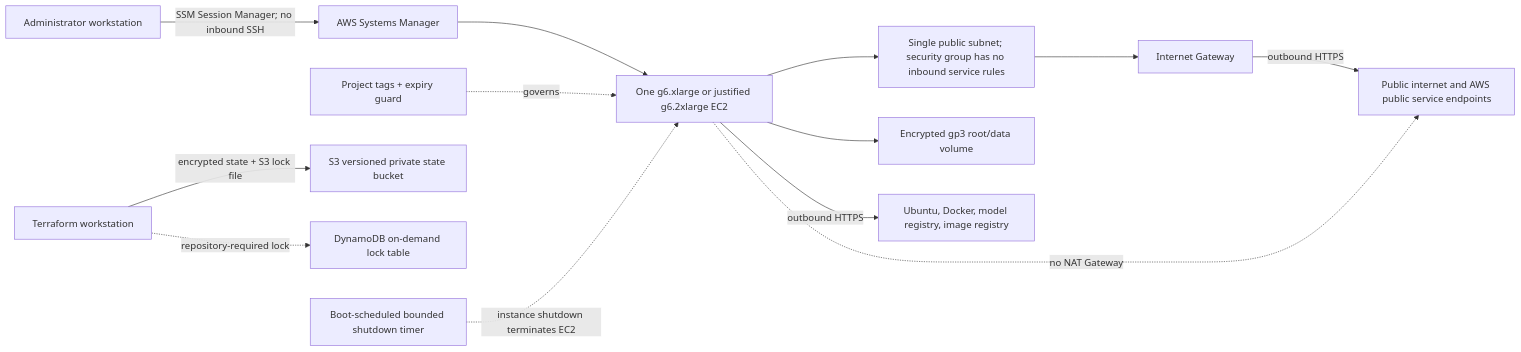
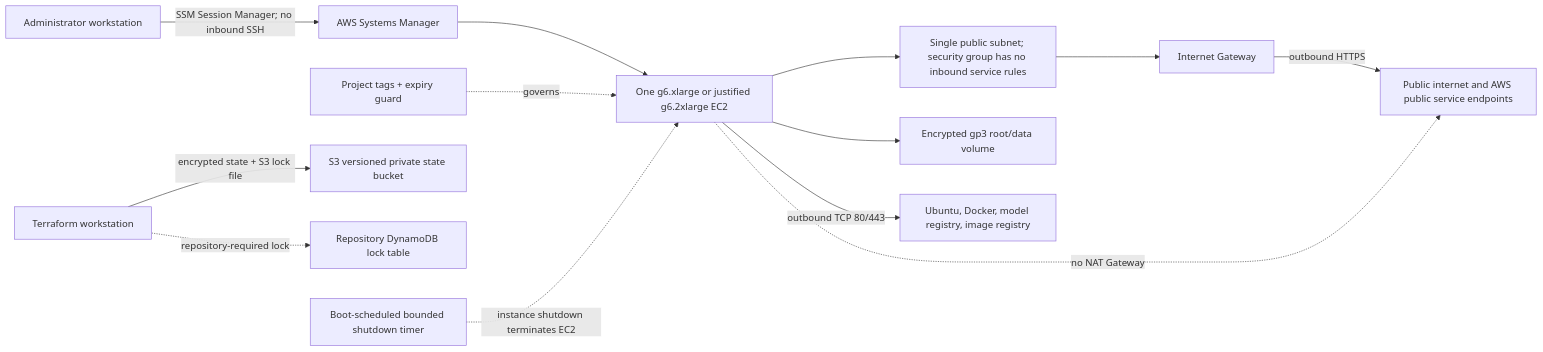
One commit to Bepoadewale/multi-tenant-ai-inference-platform changed the first of 9 diagrams in docs/gpu-lab/ARCHITECTURE.md. Above: the diagram before and after it, drawn with Mermaid. The commit also changed other lines of this file and 28 other files, not shown here.

````diff
--- a/docs/gpu-lab/ARCHITECTURE.md
+++ b/docs/gpu-lab/ARCHITECTURE.md
@@ -7,15 +7,15 @@
 ```mermaid
 flowchart LR
   Operator[Administrator workstation] -->|SSM Session Manager; no inbound SSH| SSM[AWS Systems Manager]
   SSM --> EC2[One g6.xlarge or justified g6.2xlarge EC2]
   EC2 --> Subnet[Single public subnet; security group has no inbound service rules]
   Subnet --> IGW[Internet Gateway]
   IGW -->|outbound HTTPS| Internet[Public internet and AWS public service endpoints]
   EC2 --> Disk[Encrypted gp3 root/data volume]
-  EC2 -->|outbound HTTPS| Packages[Ubuntu, Docker, model registry, image registry]
+  EC2 -->|outbound TCP 80/443| Packages[Ubuntu, Docker, model registry, image registry]
   EC2 -. no NAT Gateway .-> Internet
   Tags[Project tags + expiry guard] -. governs .-> EC2
   TF[Terraform workstation] -->|encrypted state + S3 lock file| State[S3 versioned private state bucket]
-  TF -. repository-required lock .-> Lock[DynamoDB on-demand lock table]
+  TF -. repository-required lock .-> Lock[Repository DynamoDB lock table]
   Expiry[Boot-scheduled bounded shutdown timer] -. instance shutdown terminates EC2 .-> EC2
 ```
````
